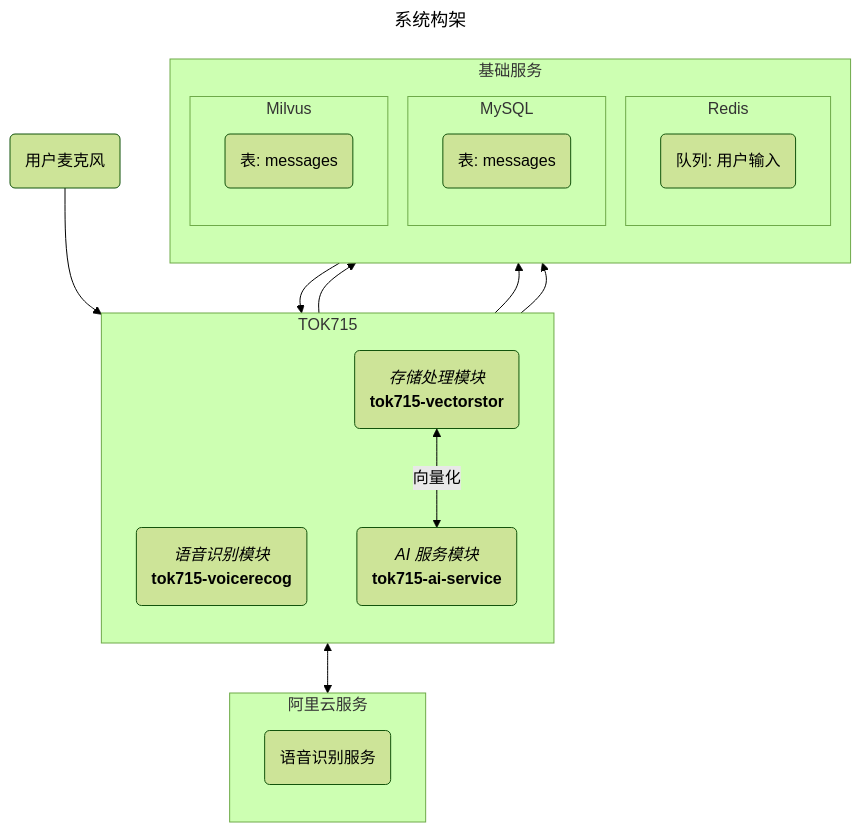
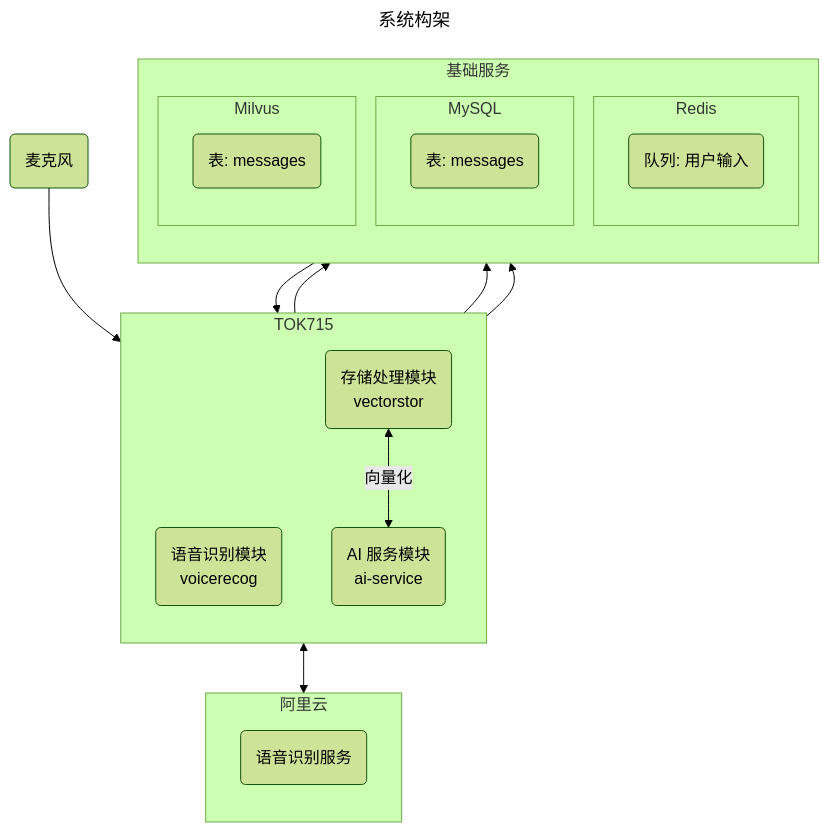
Before and after one commit to tok715/tok715: the diagram in README.md, drawn with Mermaid (forest theme).

````diff
--- a/README.md
+++ b/README.md
@@ -5,41 +5,41 @@
 ```mermaid
 ---
 title: 系统构架
 ---
 flowchart TB
-    node_mic(用户麦克风)
+    node_mic(麦克风)
 
-    subgraph 阿里云服务
+    subgraph 阿里云
         direction TB
         node_aliyun_nls(语音识别服务)
     end
 
     subgraph TOK715
         direction TB
-        node_voicerecog_main("`_语音识别模块_
-    **tok715-voicerecog**`")
-        node_vectorstor_main("`_存储处理模块_
-    **tok715-vectorstor**`")
-        node_ai_service_main("`_AI 服务模块_
-    **tok715-ai-service**`")
+        node_voicerecog_main("语音识别模块
+        voicerecog")
+        node_vectorstor_main("存储处理模块
+        vectorstor")
+        node_ai_service_main("AI 服务模块
+        ai-service")
     end
 
     subgraph 基础服务
         direction TB
         subgraph Redis
             node_redis_queue(队列: 用户输入)
         end
         subgraph MySQL
             node_mysql_messages(表: messages)
         end
         subgraph Milvus
             node_milvus_messages(表: messages)
         end
     end
 
     node_mic --> node_voicerecog_main <--> node_aliyun_nls
     node_voicerecog_main --> node_redis_queue
     node_redis_queue --> node_vectorstor_main --> node_mysql_messages
     node_vectorstor_main <-- 向量化 --> node_ai_service_main
     node_vectorstor_main --> node_milvus_messages
 ```
````
